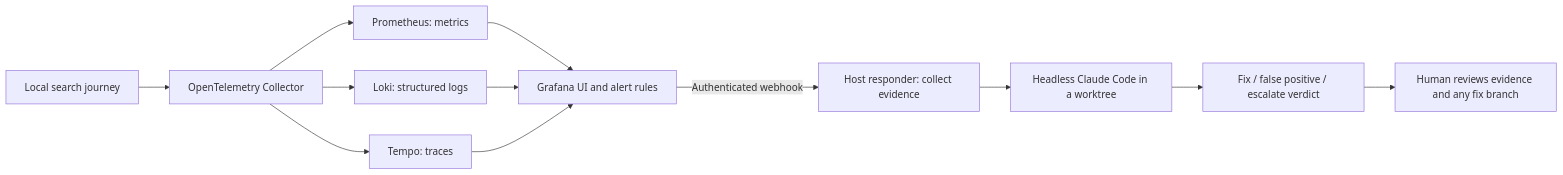
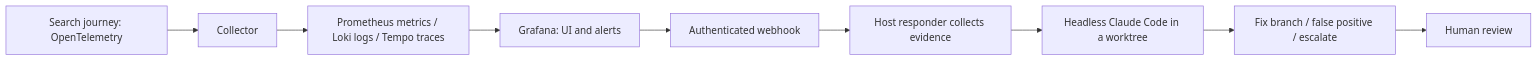
The fourth of 4 diagrams in README.md (alexisdacquay/sail-event), drawn with Mermaid before and after one commit. The commit also changed other lines of this file and 26 other files, not shown here.

````diff
--- a/README.md
+++ b/README.md
@@ -204,14 +154,11 @@
 ```mermaid
 flowchart LR
-    A[Local search journey] --> C[OpenTelemetry Collector]
-    C --> P[Prometheus: metrics]
-    C --> L[Loki: structured logs]
-    C --> T[Tempo: traces]
-    P --> G[Grafana UI and alert rules]
-    L --> G
-    T --> G
-    G -->|Authenticated webhook| R[Host responder: collect evidence]
-    R --> W[Headless Claude Code in a worktree]
-    W --> V[Fix / false positive / escalate verdict]
-    V --> H[Human reviews evidence and any fix branch]
+    A[Search journey: OpenTelemetry] --> C[Collector]
+    C --> S[Prometheus metrics / Loki logs / Tempo traces]
+    S --> G[Grafana: UI and alerts]
+    G --> W[Authenticated webhook]
+    W --> E[Host responder collects evidence]
+    E --> R[Headless Claude Code in a worktree]
+    R --> V[Fix branch / false positive / escalate]
+    V --> H[Human review]
 ```
````
